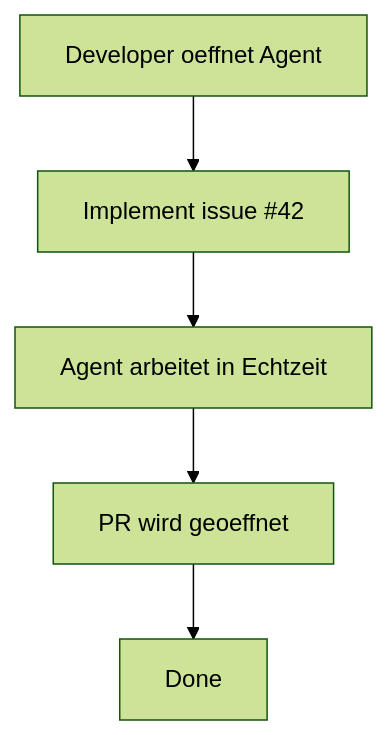
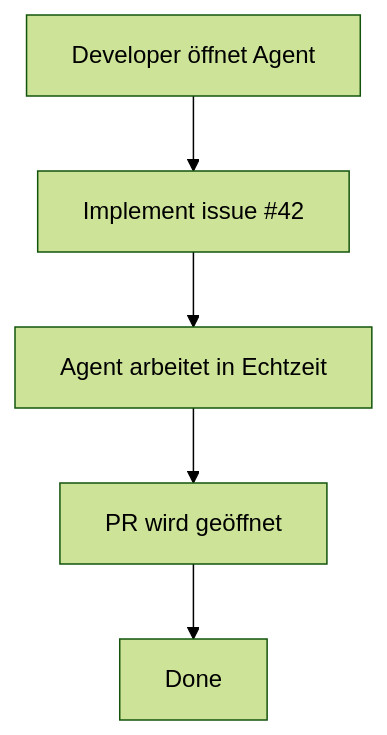
Before and after one commit to soenkelange/ai-lab-3-agentic-programming: the fifth of 8 diagrams in 01-agentic-foundations/agent-vs-framework.md, drawn with Mermaid (forest theme). The commit also changed other lines of this file and 31 other files, not shown here.

````diff
--- a/01-agentic-foundations/agent-vs-framework.md
+++ b/01-agentic-foundations/agent-vs-framework.md
@@ -126,7 +126,7 @@
 ```mermaid
 flowchart TD
-    A[Developer oeffnet Agent] --> B[Implement issue #42]
+    A[Developer öffnet Agent] --> B[Implement issue #42]
     B --> C[Agent arbeitet in Echtzeit]
-    C --> D[PR wird geoeffnet]
+    C --> D[PR wird geöffnet]
     D --> E[Done]
 ```
````
